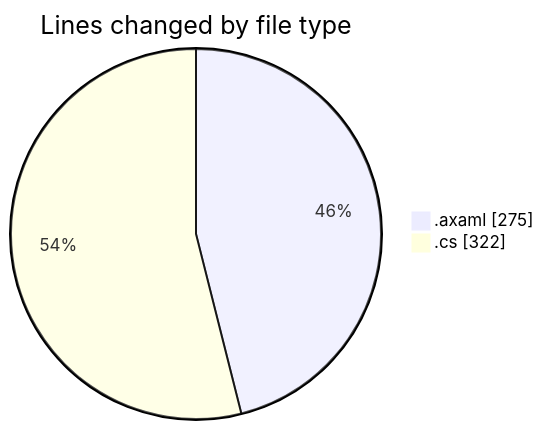
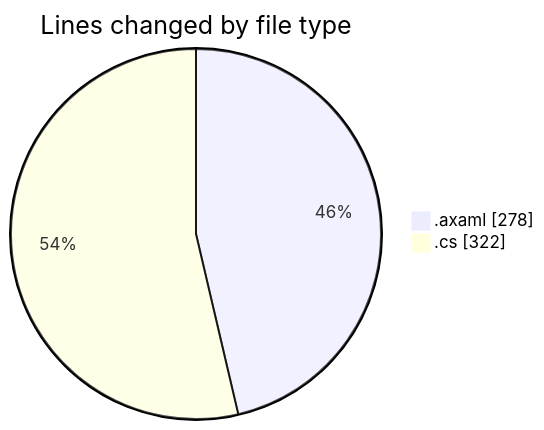
Before and after one commit to Netris89/code-tracking: the first of 2 diagrams in 2025-10-30/skintrack/README.md, drawn with Mermaid. The commit also changed other lines of this file and 1 other file, not shown here.

````diff
--- a/2025-10-30/skintrack/README.md
+++ b/2025-10-30/skintrack/README.md
@@ -29,6 +29,6 @@
 ```mermaid
 pie showData
 title Lines changed by file type
-".axaml" : 275
+".axaml" : 278
 ".cs" : 322
 ```
````
